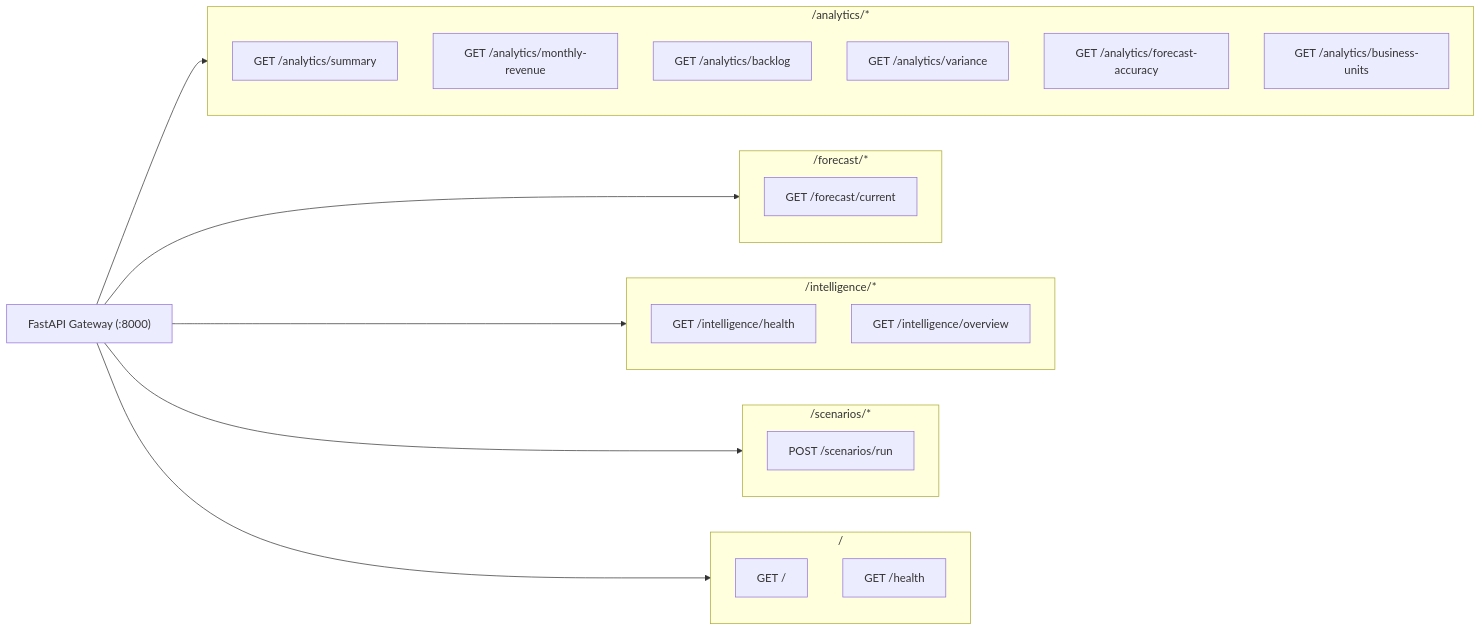
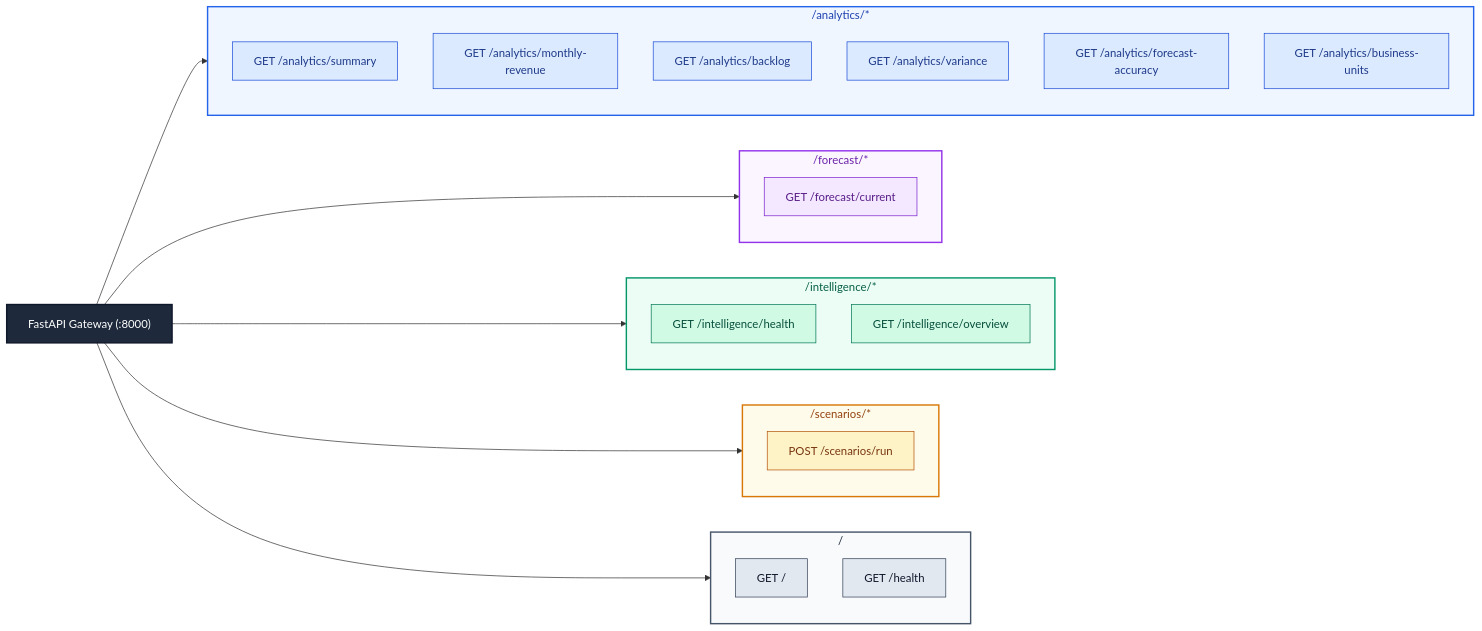
Before and after one commit to VED-VIVEK-TALMALEY/x-fin: the first of 3 diagrams in docs/API.md, drawn with Mermaid. The commit also changed other lines of this file and 6 other files, not shown here.

````diff
--- a/docs/API.md
+++ b/docs/API.md
@@ -9,33 +9,57 @@
 ```mermaid
 graph LR
     API["FastAPI Gateway (:8000)"]
 
     subgraph Analytics["/analytics/*"]
         A1["GET /analytics/summary"]
         A2["GET /analytics/monthly-revenue"]
         A3["GET /analytics/backlog"]
         A4["GET /analytics/variance"]
         A5["GET /analytics/forecast-accuracy"]
         A6["GET /analytics/business-units"]
     end
 
     subgraph Forecast["/forecast/*"]
         F1["GET /forecast/current"]
     end
 
     subgraph Intelligence["/intelligence/*"]
         I1["GET /intelligence/health"]
         I2["GET /intelligence/overview"]
     end
 
     subgraph Scenarios["/scenarios/*"]
         S1["POST /scenarios/run"]
     end
 
     subgraph System["/"]
         SYS1["GET /"]
         SYS2["GET /health"]
     end
 
     API --> Analytics & Forecast & Intelligence & Scenarios & System
+
+    style API fill:#1E293B,stroke:#0F172A,stroke-width:2px,color:#FFFFFF
+    style Analytics fill:#EFF6FF,stroke:#2563EB,stroke-width:2px,color:#1E40AF
+    style Forecast fill:#FAF5FF,stroke:#9333EA,stroke-width:2px,color:#6B21A8
+    style Intelligence fill:#ECFDF5,stroke:#059669,stroke-width:2px,color:#065F46
+    style Scenarios fill:#FFFBEB,stroke:#D97706,stroke-width:2px,color:#92400E
+    style System fill:#F8FAFC,stroke:#475569,stroke-width:2px,color:#1E293B
+
+    style A1 fill:#DBEAFE,stroke:#1D4ED8,stroke-width:1px,color:#1E3A8A
+    style A2 fill:#DBEAFE,stroke:#1D4ED8,stroke-width:1px,color:#1E3A8A
+    style A3 fill:#DBEAFE,stroke:#1D4ED8,stroke-width:1px,color:#1E3A8A
+    style A4 fill:#DBEAFE,stroke:#1D4ED8,stroke-width:1px,color:#1E3A8A
+    style A5 fill:#DBEAFE,stroke:#1D4ED8,stroke-width:1px,color:#1E3A8A
+    style A6 fill:#DBEAFE,stroke:#1D4ED8,stroke-width:1px,color:#1E3A8A
+
+    style F1 fill:#F3E8FF,stroke:#7E22CE,stroke-width:1px,color:#581C87
+
+    style I1 fill:#D1FAE5,stroke:#047857,stroke-width:1px,color:#064E3B
+    style I2 fill:#D1FAE5,stroke:#047857,stroke-width:1px,color:#064E3B
+
+    style S1 fill:#FEF3C7,stroke:#B45309,stroke-width:1px,color:#78350F
+
+    style SYS1 fill:#E2E8F0,stroke:#334155,stroke-width:1px,color:#0F172A
+    style SYS2 fill:#E2E8F0,stroke:#334155,stroke-width:1px,color:#0F172A
 ```
````
